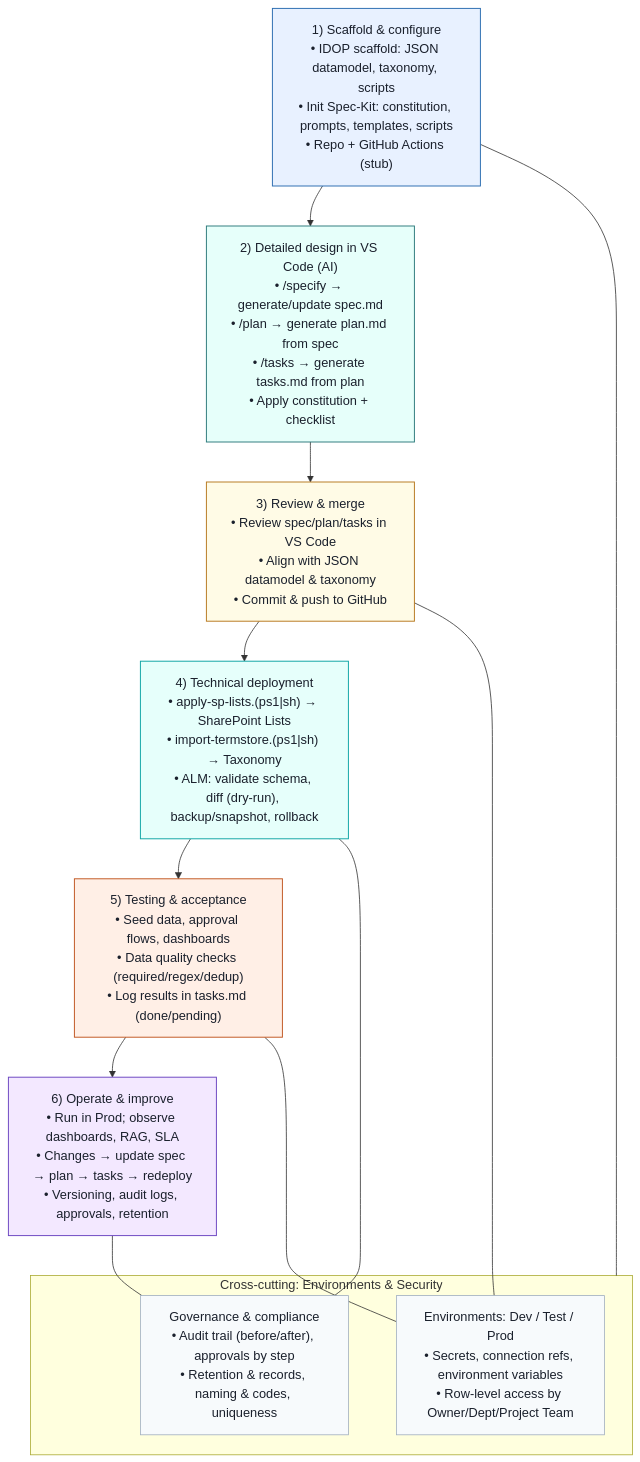
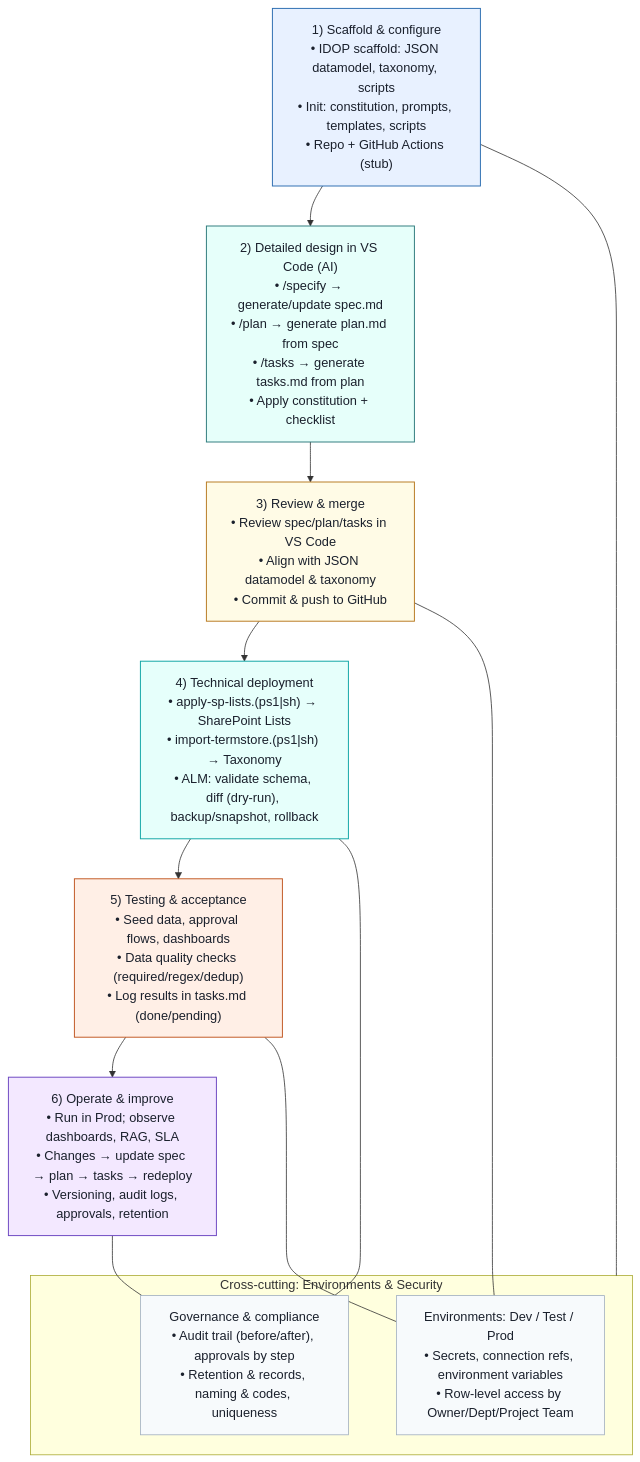
The second of 2 diagrams in README.md (vvChu/idop-ccba-way), drawn with Mermaid before and after one commit. The commit also changed other lines of this file and 5 other files, not shown here.

````diff
--- a/README.md
+++ b/README.md
@@ -110,34 +110,34 @@
 ```mermaid
 flowchart TB
   classDef blue fill:#e8f1ff,stroke:#2b6cb0,stroke-width:1.2,color:#1a202c;
   classDef green fill:#e6fffa,stroke:#2c7a7b,stroke-width:1.2,color:#1a202c;
   classDef yellow fill:#fffbe6,stroke:#b7791f,stroke-width:1.2,color:#1a202c;
   classDef teal fill:#e6fffb,stroke:#0ea5a5,stroke-width:1.2,color:#1a202c;
   classDef orange fill:#ffefe6,stroke:#c05621,stroke-width:1.2,color:#1a202c;
   classDef purple fill:#f3e8ff,stroke:#6b46c1,stroke-width:1.2,color:#1a202c;
   classDef gray fill:#f7fafc,stroke:#a0aec0,stroke-width:1.0,color:#1a202c;
 
-  A["1) Scaffold & configure\n• IDOP scaffold: JSON datamodel, taxonomy, scripts\n• Init Spec‑Kit: constitution, prompts, templates, scripts\n• Repo + GitHub Actions (stub)"]:::blue
+  A["1) Scaffold & configure\n• IDOP scaffold: JSON datamodel, taxonomy, scripts\n• Init: constitution, prompts, templates, scripts\n• Repo + GitHub Actions (stub)"]:::blue
 
   B["2) Detailed design in VS Code (AI)\n• /specify → generate/update spec.md\n• /plan → generate plan.md from spec\n• /tasks → generate tasks.md from plan\n• Apply constitution + checklist"]:::green
 
   C["3) Review & merge\n• Review spec/plan/tasks in VS Code\n• Align with JSON datamodel & taxonomy\n• Commit & push to GitHub"]:::yellow
 
   D["4) Technical deployment\n• apply‑sp‑lists.(ps1|sh) → SharePoint Lists\n• import‑termstore.(ps1|sh) → Taxonomy\n• ALM: validate schema, diff (dry‑run), backup/snapshot, rollback"]:::teal
 
   E["5) Testing & acceptance\n• Seed data, approval flows, dashboards\n• Data quality checks (required/regex/dedup)\n• Log results in tasks.md (done/pending)"]:::orange
 
   F["6) Operate & improve\n• Run in Prod; observe dashboards, RAG, SLA\n• Changes → update spec → plan → tasks → redeploy\n• Versioning, audit logs, approvals, retention"]:::purple
 
   subgraph ALM["Cross‑cutting: Environments & Security"]
     G["Environments: Dev / Test / Prod\n• Secrets, connection refs, environment variables\n• Row‑level access by Owner/Dept/Project Team"]:::gray
     H["Governance & compliance\n• Audit trail (before/after), approvals by step\n• Retention & records, naming & codes, uniqueness"]:::gray
   end
 
   A --> B --> C --> D --> E --> F
   A --- ALM
   C --- G
   D --- H
   E --- G
   F --- H
 ```
````
